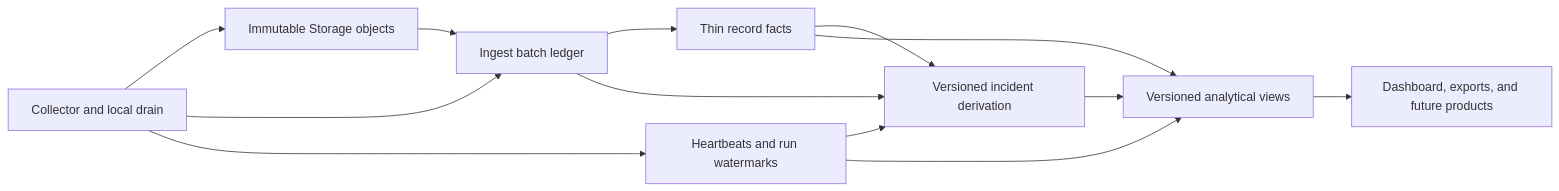
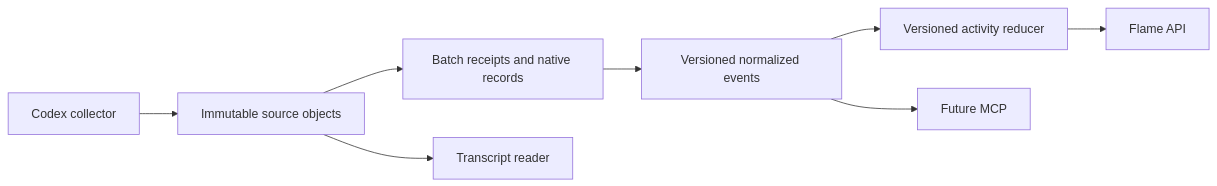
Before and after one commit to e3-solutions/sherlock: the diagram in docs/data-schema.md, drawn with Mermaid. The commit also changed other lines of this file and 1 other file, not shown here.

Commit message:
docs: simplify session telemetry architecture

````diff
--- a/docs/data-schema.md
+++ b/docs/data-schema.md
@@ -34,15 +12,10 @@
 ```mermaid
 flowchart LR
-    C["Collector and local drain"] --> S["Immutable Storage objects"]
-    C --> B["Ingest batch ledger"]
-    S --> B
-    B --> R["Thin record facts"]
-    C --> H["Heartbeats and run watermarks"]
-    R --> I["Versioned incident derivation"]
-    H --> I
-    B --> I
-    R --> V["Versioned analytical views"]
-    H --> V
-    I --> V
-    V --> P["Dashboard, exports, and future products"]
+    C["Codex collector"] --> O["Immutable source objects"]
+    O --> R["Batch receipts and native records"]
+    R --> E["Versioned normalized events"]
+    E --> A["Versioned activity reducer"]
+    A --> F["Flame API"]
+    E --> M["Future MCP"]
+    O --> T["Transcript reader"]
 ```
````
